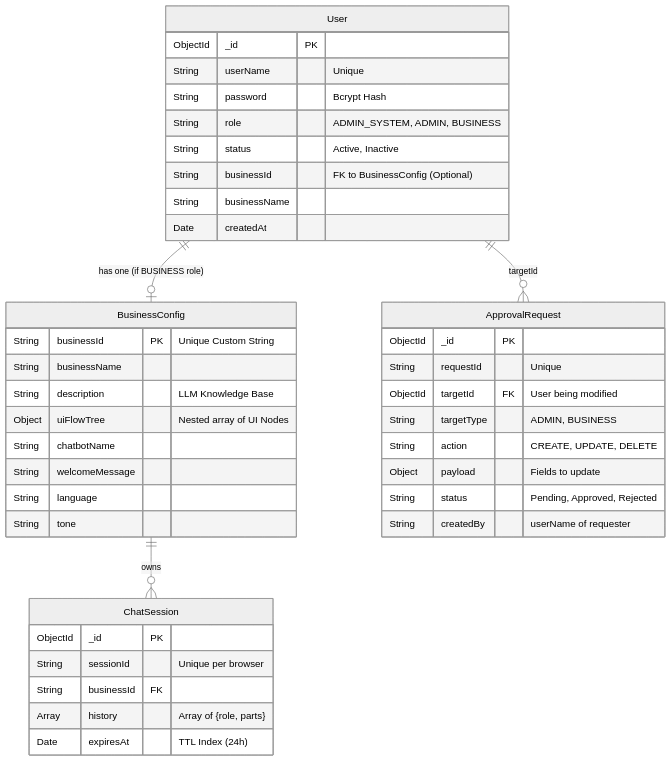
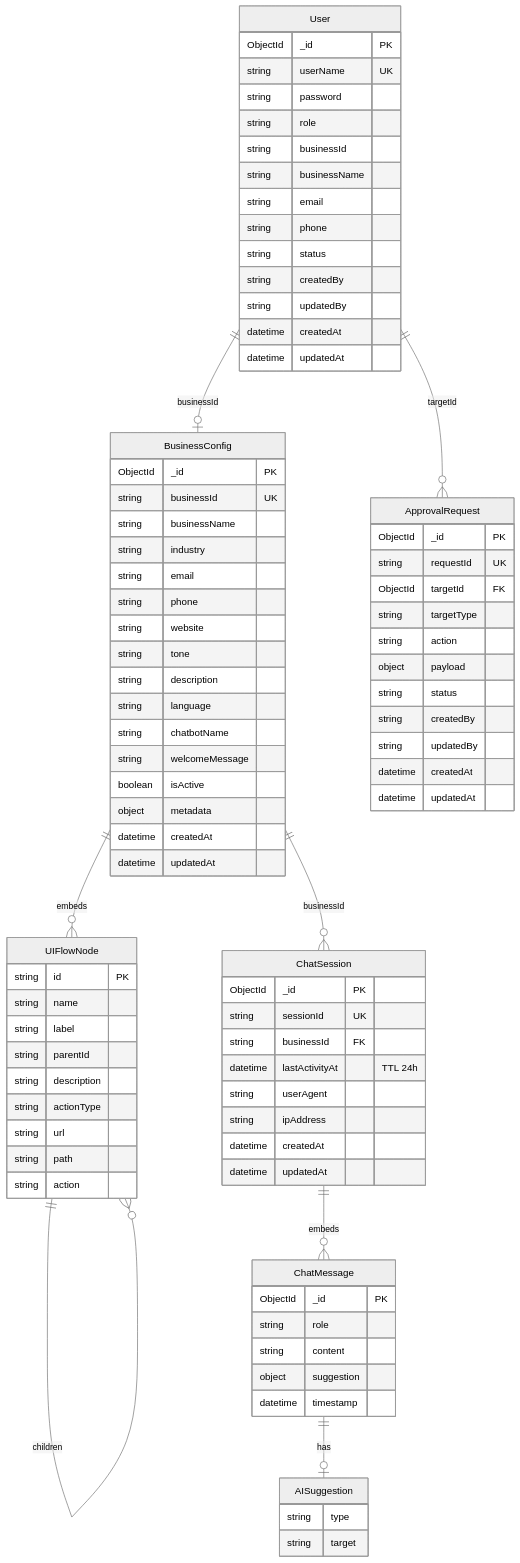
One commit to hoanganh5350/AI-Platform-For-Business changed the second of 2 diagrams in README.md. Above: the diagram before and after it, drawn with Mermaid (neutral theme). The commit also changed other lines of this file and 3 other files, not shown here.

````diff
--- a/README.md
+++ b/README.md
@@ -60,46 +151,95 @@
 ```mermaid
 erDiagram
-    User ||--o| BusinessConfig : "has one (if BUSINESS role)"
+    User ||--o| BusinessConfig : businessId
+    BusinessConfig ||--o{ UIFlowNode : embeds
+    UIFlowNode ||--o{ UIFlowNode : children
+    BusinessConfig ||--o{ ChatSession : businessId
+    ChatSession ||--o{ ChatMessage : embeds
+    ChatMessage ||--o| AISuggestion : has
+    User ||--o{ ApprovalRequest : targetId
+
     User {
         ObjectId _id PK
-        String userName "Unique"
-        String password "Bcrypt Hash"
-        String role "ADMIN_SYSTEM, ADMIN, BUSINESS"
-        String status "Active, Inactive"
-        String businessId "FK to BusinessConfig (Optional)"
-        String businessName
-        Date createdAt
+        string userName UK
+        string password
+        string role
+        string businessId
+        string businessName
+        string email
+        string phone
+        string status
+        string createdBy
+        string updatedBy
+        datetime createdAt
+        datetime updatedAt
     }
 
-    BusinessConfig ||--o{ ChatSession : "owns"
     BusinessConfig {
-        String businessId PK "Unique Custom String"
-        String businessName
-        String description "LLM Knowledge Base"
-        Object uiFlowTree "Nested array of UI Nodes"
-        String chatbotName
-        String welcomeMessage
-        String language
-        String tone
+        ObjectId _id PK
+        string businessId UK
+        string businessName
+        string industry
+        string email
+        string phone
+        string website
+        string tone
+        string description
+        string language
+        string chatbotName
+        string welcomeMessage
+        boolean isActive
+        object metadata
+        datetime createdAt
+        datetime updatedAt
+    }
+
+    UIFlowNode {
+        string id PK
+        string name
+        string label
+        string parentId
+        string description
+        string actionType
+        string url
+        string path
+        string action
     }
 
     ChatSession {
         ObjectId _id PK
-        String sessionId "Unique per browser"
-        String businessId FK
-        Array history "Array of {role, parts}"
-        Date expiresAt "TTL Index (24h)"
+        string sessionId UK
+        string businessId FK
+        datetime lastActivityAt "TTL 24h"
+        string userAgent
+        string ipAddress
+        datetime createdAt
+        datetime updatedAt
     }
 
-    User ||--o{ ApprovalRequest : "targetId"
+    ChatMessage {
+        ObjectId _id PK
+        string role
+        string content
+        object suggestion
+        datetime timestamp
+    }
+
+    AISuggestion {
+        string type
+        string target
+    }
+
     ApprovalRequest {
         ObjectId _id PK
-        String requestId "Unique"
-        ObjectId targetId FK "User being modified"
-        String targetType "ADMIN, BUSINESS"
-        String action "CREATE, UPDATE, DELETE"
-        Object payload "Fields to update"
-        String status "Pending, Approved, Rejected"
-        String createdBy "userName of requester"
+        string requestId UK
+        ObjectId targetId FK
+        string targetType
+        string action
+        object payload
+        string status
+        string createdBy
+        string updatedBy
+        datetime createdAt
+        datetime updatedAt
     }
 ```
````
